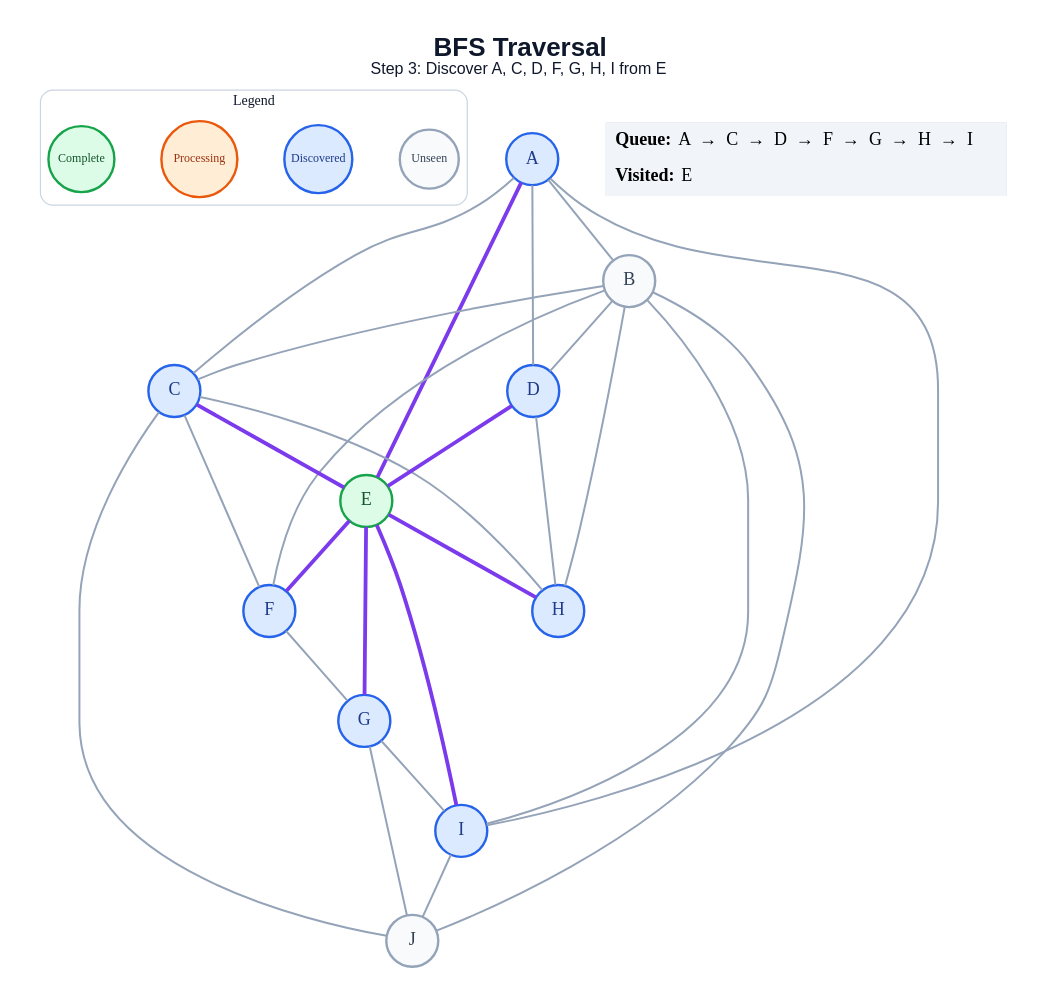
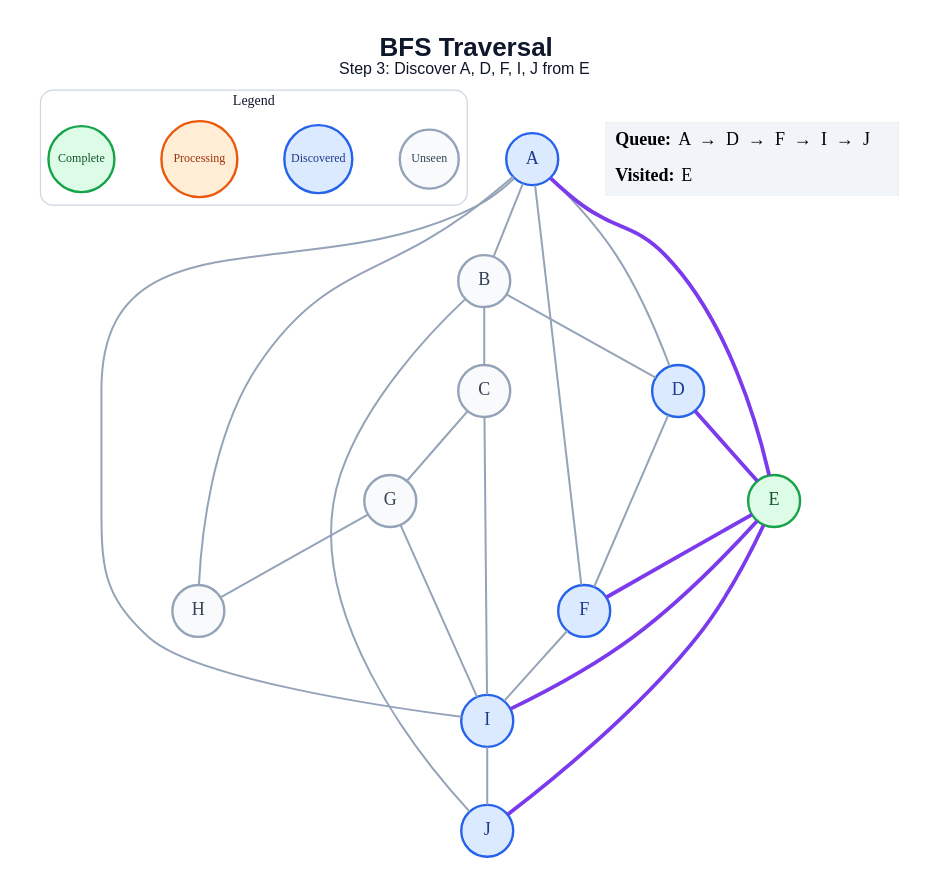
The diagram in generated/specific-node/bfs/step_03.dot (anon7238593-create/ai-slop), drawn with Graphviz before and after one commit. The commit also changed 178 other files, not shown here.

```diff
--- a/generated/specific-node/bfs/step_03.dot
+++ b/generated/specific-node/bfs/step_03.dot
@@ -1,54 +1,49 @@
 graph traversal {
   graph [layout=dot, rankdir=TB, bgcolor="#FFFFFF", pad="0.35", nodesep="0.65", ranksep="0.8", fontname="Arial"];
   node [shape=circle, style="filled", fontname="Arial Bold", fontsize=18, width=0.72, fixedsize=true, penwidth=2.4];
   edge [color="#94A3B8", penwidth=2.0];
-  label=<<B>BFS Traversal</B><BR/><FONT POINT-SIZE="16">Step 3: Discover A, C, D, F, G, H, I from E</FONT>>; labelloc="t"; fontsize=26; fontname="Arial"; fontcolor="#0F172A";
+  label=<<B>BFS Traversal</B><BR/><FONT POINT-SIZE="16">Step 3: Discover A, D, F, I, J from E</FONT>>; labelloc="t"; fontsize=26; fontname="Arial"; fontcolor="#0F172A";
   subgraph cluster_legend { label="Legend"; color="#CBD5E1"; penwidth=1.2; style="rounded"; fontsize=14; fontname="Arial Bold";
     key_unseen [label="Unseen", fillcolor="#F8FAFC", color="#94A3B8", fontcolor="#334155", fontsize=12, width=0.82];
     key_frontier [label="Discovered", fillcolor="#DBEAFE", color="#2563EB", fontcolor="#1E3A8A", fontsize=12, width=0.95];
     key_current [label="Processing", fillcolor="#FFEDD5", color="#EA580C", fontcolor="#9A3412", fontsize=12, width=1.05];
     key_done [label="Complete", fillcolor="#DCFCE7", color="#16A34A", fontcolor="#14532D", fontsize=12, width=0.92];
     { rank=same; key_unseen; key_frontier; key_current; key_done; }
   }
   A [fillcolor="#DBEAFE", color="#2563EB", fontcolor="#1E3A8A"];
   B [fillcolor="#F8FAFC", color="#94A3B8", fontcolor="#334155"];
-  C [fillcolor="#DBEAFE", color="#2563EB", fontcolor="#1E3A8A"];
+  C [fillcolor="#F8FAFC", color="#94A3B8", fontcolor="#334155"];
   D [fillcolor="#DBEAFE", color="#2563EB", fontcolor="#1E3A8A"];
   E [fillcolor="#DCFCE7", color="#16A34A", fontcolor="#14532D"];
   F [fillcolor="#DBEAFE", color="#2563EB", fontcolor="#1E3A8A"];
-  G [fillcolor="#DBEAFE", color="#2563EB", fontcolor="#1E3A8A"];
-  H [fillcolor="#DBEAFE", color="#2563EB", fontcolor="#1E3A8A"];
+  G [fillcolor="#F8FAFC", color="#94A3B8", fontcolor="#334155"];
+  H [fillcolor="#F8FAFC", color="#94A3B8", fontcolor="#334155"];
   I [fillcolor="#DBEAFE", color="#2563EB", fontcolor="#1E3A8A"];
-  J [fillcolor="#F8FAFC", color="#94A3B8", fontcolor="#334155"];
+  J [fillcolor="#DBEAFE", color="#2563EB", fontcolor="#1E3A8A"];
   A -- B;
-  A -- C;
   A -- D;
   A -- E [color="#7C3AED", penwidth=3.8];
+  A -- F;
+  A -- H;
   A -- I;
   B -- C;
   B -- D;
-  B -- F;
-  B -- H;
-  B -- I;
   B -- J;
-  C -- E [color="#7C3AED", penwidth=3.8];
-  C -- F;
-  C -- H;
-  C -- J;
+  C -- G;
+  C -- I;
   D -- E [color="#7C3AED", penwidth=3.8];
-  D -- H;
+  D -- F;
   E -- F [color="#7C3AED", penwidth=3.8];
-  E -- G [color="#7C3AED", penwidth=3.8];
-  E -- H [color="#7C3AED", penwidth=3.8];
   E -- I [color="#7C3AED", penwidth=3.8];
-  F -- G;
+  E -- J [color="#7C3AED", penwidth=3.8];
+  F -- I;
+  G -- H;
   G -- I;
-  G -- J;
   I -- J;
   status [shape=plain, fixedsize=false, width=0, height=0, margin=0, label=<
     <TABLE BORDER="0" CELLBORDER="0" CELLPADDING="7" BGCOLOR="#F1F5F9">
-      <TR><TD ALIGN="LEFT"><B>Queue:</B> A  →  C  →  D  →  F  →  G  →  H  →  I</TD></TR>
+      <TR><TD ALIGN="LEFT"><B>Queue:</B> A  →  D  →  F  →  I  →  J</TD></TR>
       <TR><TD ALIGN="LEFT"><B>Visited:</B> E</TD></TR>
     </TABLE>
   >];
 }
```
